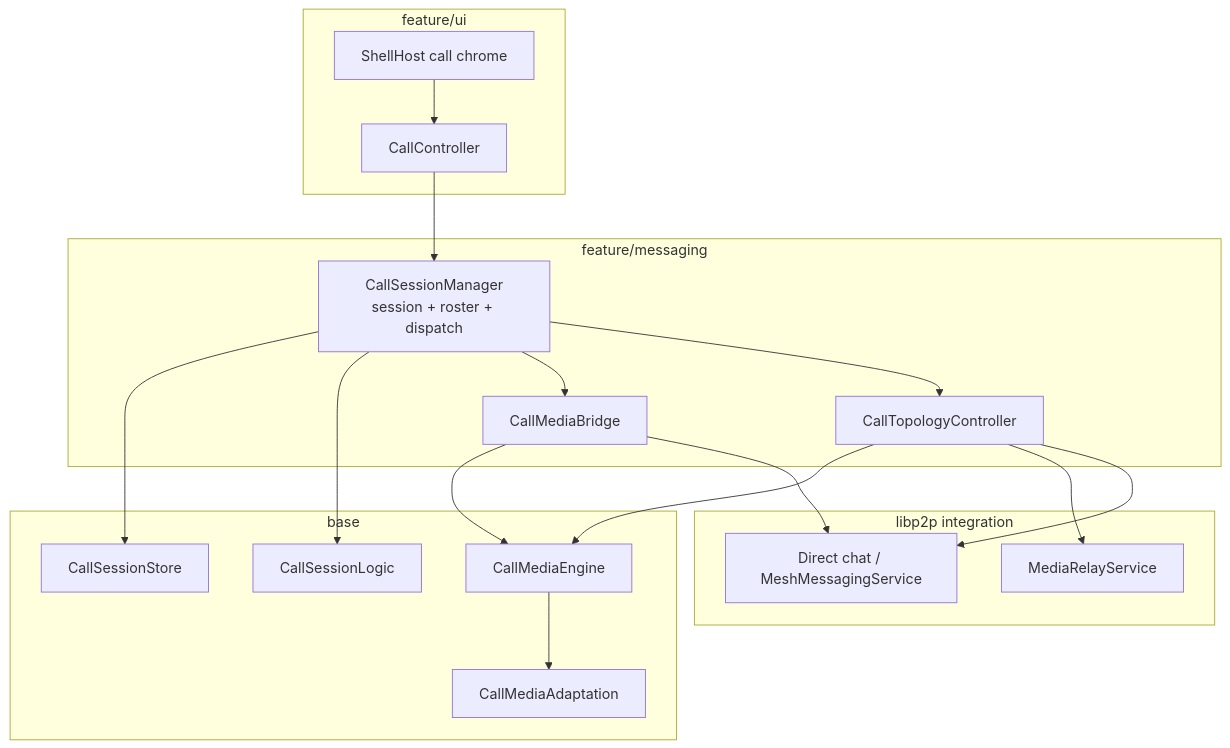
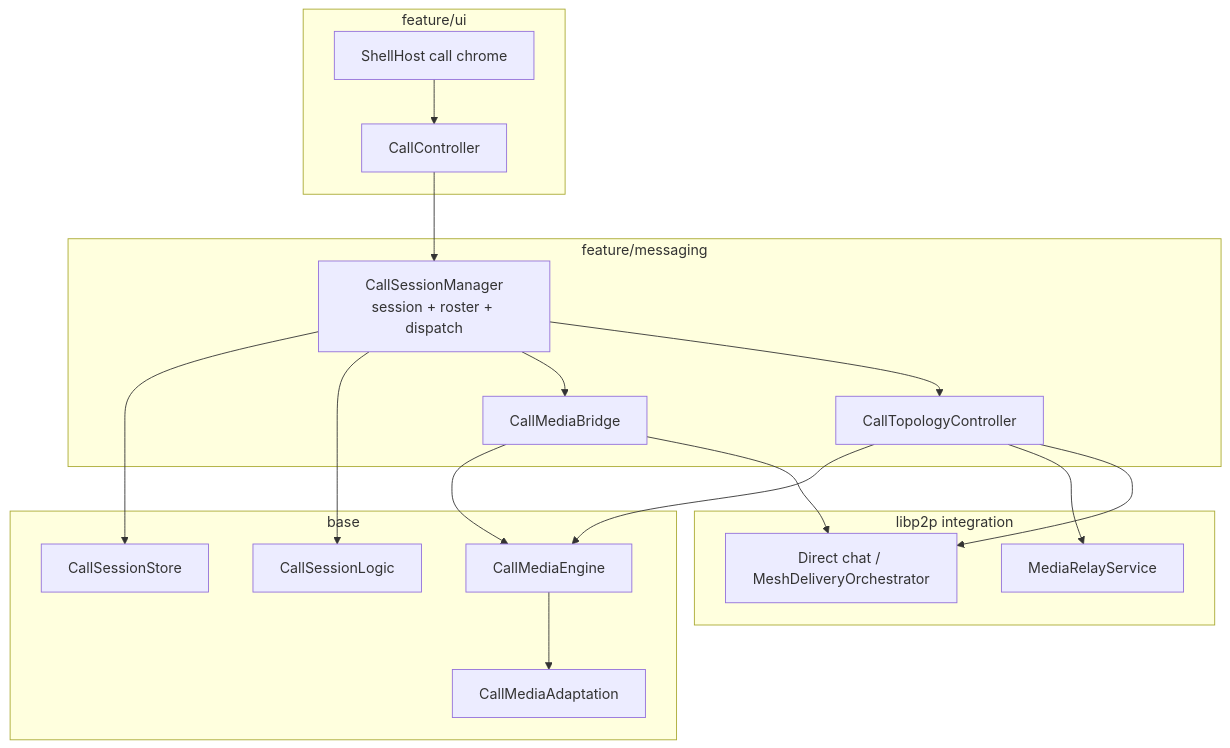
The third of 5 diagrams in docs/architecture/CALLS.md (people-post/pp-browser), drawn with Mermaid before and after one commit. The commit also changed 184 other files, not shown here.

````diff
--- a/docs/architecture/CALLS.md
+++ b/docs/architecture/CALLS.md
@@ -143,34 +143,34 @@
 ```mermaid
 flowchart TB
   subgraph ui [feature/ui]
     CC[CallController]
     Shell[ShellHost call chrome]
   end
   subgraph feature [feature/messaging]
     CSM[CallSessionManager<br/>session + roster + dispatch]
     L2P[CallMediaBridge]
     Topo[CallTopologyController]
   end
   subgraph base [base]
     Store[CallSessionStore]
     Logic[CallSessionLogic]
     Eng[CallMediaEngine]
     Adapt[CallMediaAdaptation]
   end
   subgraph mesh [libp2p integration]
-    DM[Direct chat / MeshMessagingService]
+    DM[Direct chat / MeshDeliveryOrchestrator]
     MR[MediaRelayService]
   end
   CC --> CSM
   Shell --> CC
   CSM --> Store
   CSM --> Logic
   CSM --> L2P
   CSM --> Topo
   L2P --> Eng
   L2P --> DM
   Topo --> Eng
   Topo --> MR
   Topo --> DM
   Eng --> Adapt
 ```
````
